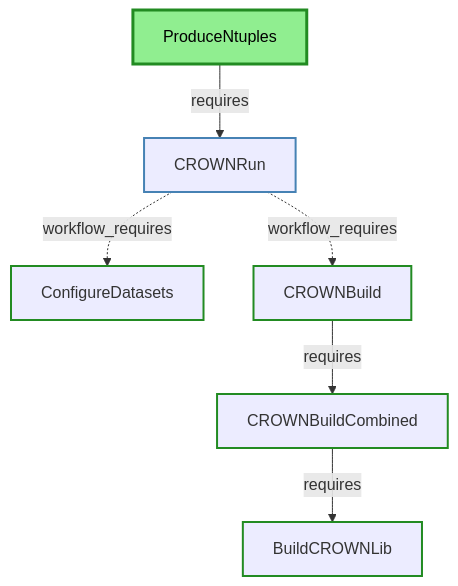
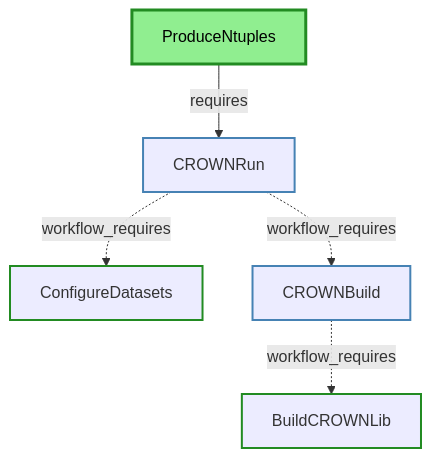
Before and after one commit to KIT-CMS/KingMaker: the third of 4 diagrams in processor/DEPENDENCIES_DIAGRAM.md, drawn with Mermaid. The commit also changed other lines of this file and 9 other files, not shown here.

````diff
--- a/processor/DEPENDENCIES_DIAGRAM.md
+++ b/processor/DEPENDENCIES_DIAGRAM.md
@@ -85,30 +82,27 @@
 ```mermaid
 flowchart TD
   %% CROWN Ntuple Production Tasks
   ProduceNtuples["ProduceNtuples"]
   CROWNRun["CROWNRun"]
   ConfigureDatasets["ConfigureDatasets"]
-  CROWNBuildCombined["CROWNBuildCombined"]
   CROWNBuild["CROWNBuild"]
   BuildCROWNLib["BuildCROWNLib"]
 
   %% CROWN Ntuple Production dependencies
   CROWNRun -.->|workflow_requires| ConfigureDatasets
   CROWNRun -.->|workflow_requires| CROWNBuild
-  CROWNBuildCombined -->|requires| BuildCROWNLib
-  CROWNBuild -->|requires| CROWNBuildCombined
+  CROWNBuild -.->|workflow_requires| BuildCROWNLib
   ProduceNtuples -->|requires| CROWNRun
 
   %% Styling for top-level entry points
   style ProduceNtuples fill:#90EE90,stroke:#228B22,stroke-width:3px,color:#000
 
   %% Styling for workflow tasks
   style CROWNRun stroke:#4682B4,stroke-width:2px
+  style CROWNBuild stroke:#4682B4,stroke-width:2px
 
   %% Styling for local tasks with green border
   style ConfigureDatasets stroke:#228B22,stroke-width:2px
-  style CROWNBuildCombined stroke:#228B22,stroke-width:2px
-  style CROWNBuild stroke:#228B22,stroke-width:2px
   style BuildCROWNLib stroke:#228B22,stroke-width:2px
 
 ```
````
